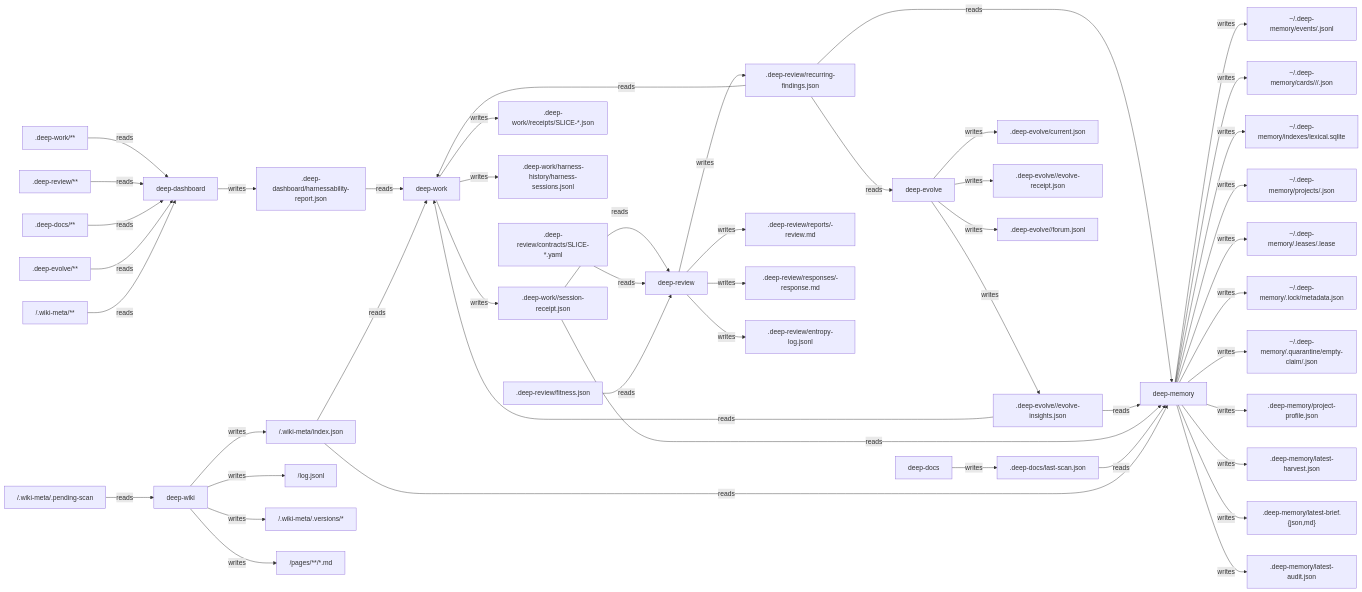
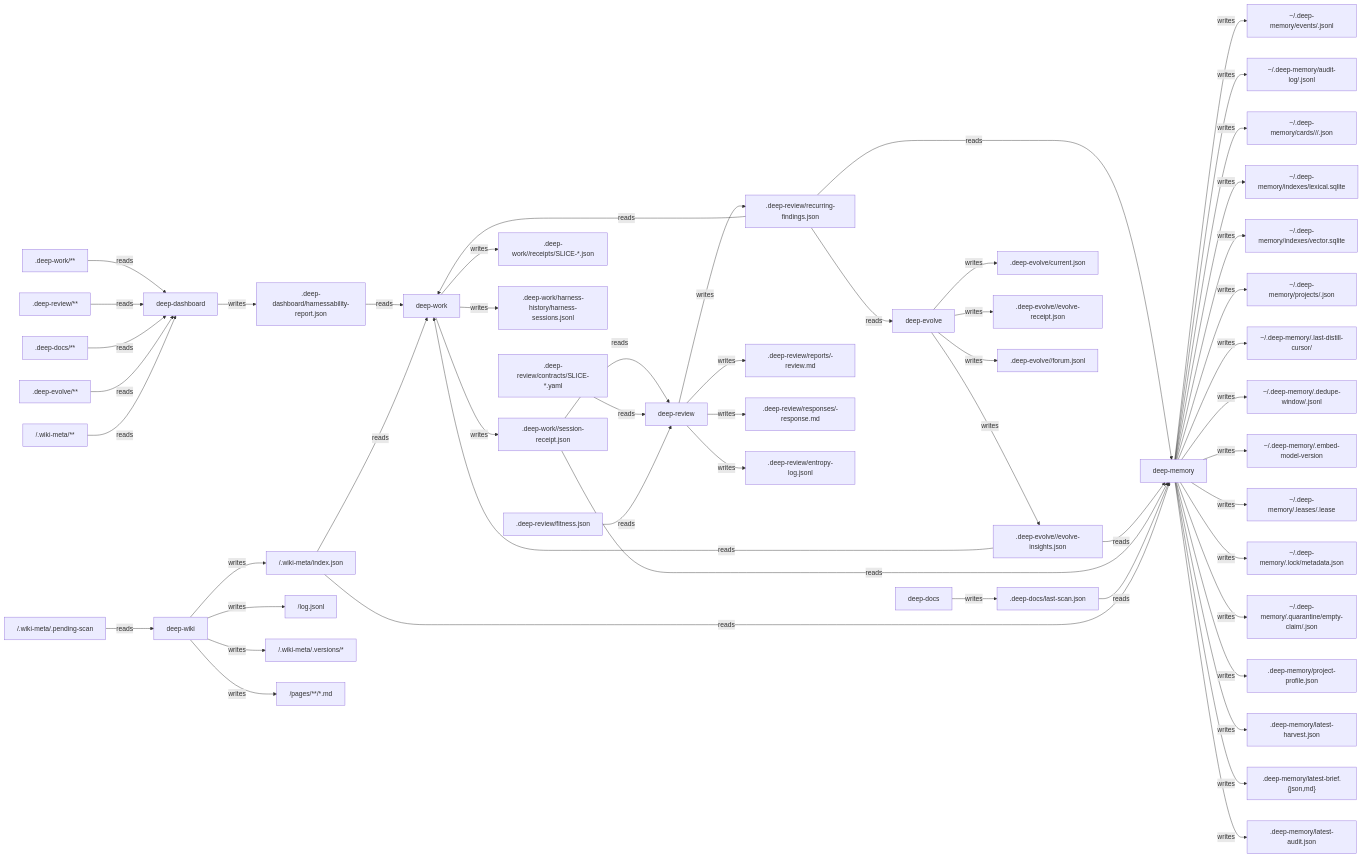
One commit to Sungmin-Cho/claude-deep-suite changed the diagram in docs/artifact-io-graph.md. Above: the diagram before and after it, drawn with Mermaid. The commit also changed 8 other files, not shown here.

````diff
--- a/docs/artifact-io-graph.md
+++ b/docs/artifact-io-graph.md
@@ -9,50 +9,55 @@
 ```mermaid
 flowchart LR
   deep-work-->|writes|p1[".deep-work/<session>/session-receipt.json"]
   deep-work-->|writes|p2[".deep-work/<session>/receipts/SLICE-*.json"]
   deep-work-->|writes|p3[".deep-work/harness-history/harness-sessions.jsonl"]
   p4[".deep-dashboard/harnessability-report.json"]-->|reads|deep-work
   p5[".deep-evolve/<session>/evolve-insights.json"]-->|reads|deep-work
   p6[".deep-review/recurring-findings.json"]-->|reads|deep-work
   p7["<wiki_root>/.wiki-meta/index.json"]-->|reads|deep-work
   deep-wiki-->|writes|p8["<wiki_root>/log.jsonl"]
   deep-wiki-->|writes|p7["<wiki_root>/.wiki-meta/index.json"]
   deep-wiki-->|writes|p9["<wiki_root>/.wiki-meta/.versions/*"]
   deep-wiki-->|writes|p10["<wiki_root>/pages/**/*.md"]
   p11["<wiki_root>/.wiki-meta/.pending-scan"]-->|reads|deep-wiki
   deep-evolve-->|writes|p12[".deep-evolve/current.json"]
   deep-evolve-->|writes|p13[".deep-evolve/<session>/evolve-receipt.json"]
   deep-evolve-->|writes|p5[".deep-evolve/<session>/evolve-insights.json"]
   deep-evolve-->|writes|p14[".deep-evolve/<session>/forum.jsonl"]
   p6[".deep-review/recurring-findings.json"]-->|reads|deep-evolve
   deep-review-->|writes|p15[".deep-review/reports/<timestamp>-review.md"]
   deep-review-->|writes|p16[".deep-review/responses/<timestamp>-response.md"]
   deep-review-->|writes|p6[".deep-review/recurring-findings.json"]
   deep-review-->|writes|p17[".deep-review/entropy-log.jsonl"]
   p1[".deep-work/<session>/session-receipt.json"]-->|reads|deep-review
   p18[".deep-review/contracts/SLICE-*.yaml"]-->|reads|deep-review
   p19[".deep-review/fitness.json"]-->|reads|deep-review
   deep-docs-->|writes|p20[".deep-docs/last-scan.json"]
   deep-dashboard-->|writes|p4[".deep-dashboard/harnessability-report.json"]
   p21[".deep-work/**"]-->|reads|deep-dashboard
   p22[".deep-review/**"]-->|reads|deep-dashboard
   p23[".deep-docs/**"]-->|reads|deep-dashboard
   p24[".deep-evolve/**"]-->|reads|deep-dashboard
   p25["<wiki_root>/.wiki-meta/**"]-->|reads|deep-dashboard
   deep-memory-->|writes|p26["~/.deep-memory/events/<YYYY-MM>.jsonl"]
-  deep-memory-->|writes|p27["~/.deep-memory/cards/<memory_type>/<global|project_id>/<memory_id>.json"]
-  deep-memory-->|writes|p28["~/.deep-memory/indexes/lexical.sqlite"]
-  deep-memory-->|writes|p29["~/.deep-memory/projects/<project_id>.json"]
-  deep-memory-->|writes|p30["~/.deep-memory/.leases/<project_id>.lease"]
-  deep-memory-->|writes|p31["~/.deep-memory/.lock/metadata.json"]
-  deep-memory-->|writes|p32["~/.deep-memory/.quarantine/empty-claim/<run_id>.json"]
-  deep-memory-->|writes|p33[".deep-memory/project-profile.json"]
-  deep-memory-->|writes|p34[".deep-memory/latest-harvest.json"]
-  deep-memory-->|writes|p35[".deep-memory/latest-brief.{json,md}"]
-  deep-memory-->|writes|p36[".deep-memory/latest-audit.json"]
+  deep-memory-->|writes|p27["~/.deep-memory/audit-log/<YYYY-MM>.jsonl"]
+  deep-memory-->|writes|p28["~/.deep-memory/cards/<memory_type>/<global|project_id>/<memory_id>.json"]
+  deep-memory-->|writes|p29["~/.deep-memory/indexes/lexical.sqlite"]
+  deep-memory-->|writes|p30["~/.deep-memory/indexes/vector.sqlite"]
+  deep-memory-->|writes|p31["~/.deep-memory/projects/<project_id>.json"]
+  deep-memory-->|writes|p32["~/.deep-memory/.last-distill-cursor/<project_id>"]
+  deep-memory-->|writes|p33["~/.deep-memory/.dedupe-window/<project_id>.jsonl"]
+  deep-memory-->|writes|p34["~/.deep-memory/.embed-model-version"]
+  deep-memory-->|writes|p35["~/.deep-memory/.leases/<project_id>.lease"]
+  deep-memory-->|writes|p36["~/.deep-memory/.lock/metadata.json"]
+  deep-memory-->|writes|p37["~/.deep-memory/.quarantine/empty-claim/<run_id>.json"]
+  deep-memory-->|writes|p38[".deep-memory/project-profile.json"]
+  deep-memory-->|writes|p39[".deep-memory/latest-harvest.json"]
+  deep-memory-->|writes|p40[".deep-memory/latest-brief.{json,md}"]
+  deep-memory-->|writes|p41[".deep-memory/latest-audit.json"]
   p6[".deep-review/recurring-findings.json"]-->|reads|deep-memory
   p5[".deep-evolve/<session>/evolve-insights.json"]-->|reads|deep-memory
   p1[".deep-work/<session>/session-receipt.json"]-->|reads|deep-memory
   p20[".deep-docs/last-scan.json"]-->|reads|deep-memory
   p7["<wiki_root>/.wiki-meta/index.json"]-->|reads|deep-memory
 ```
````
